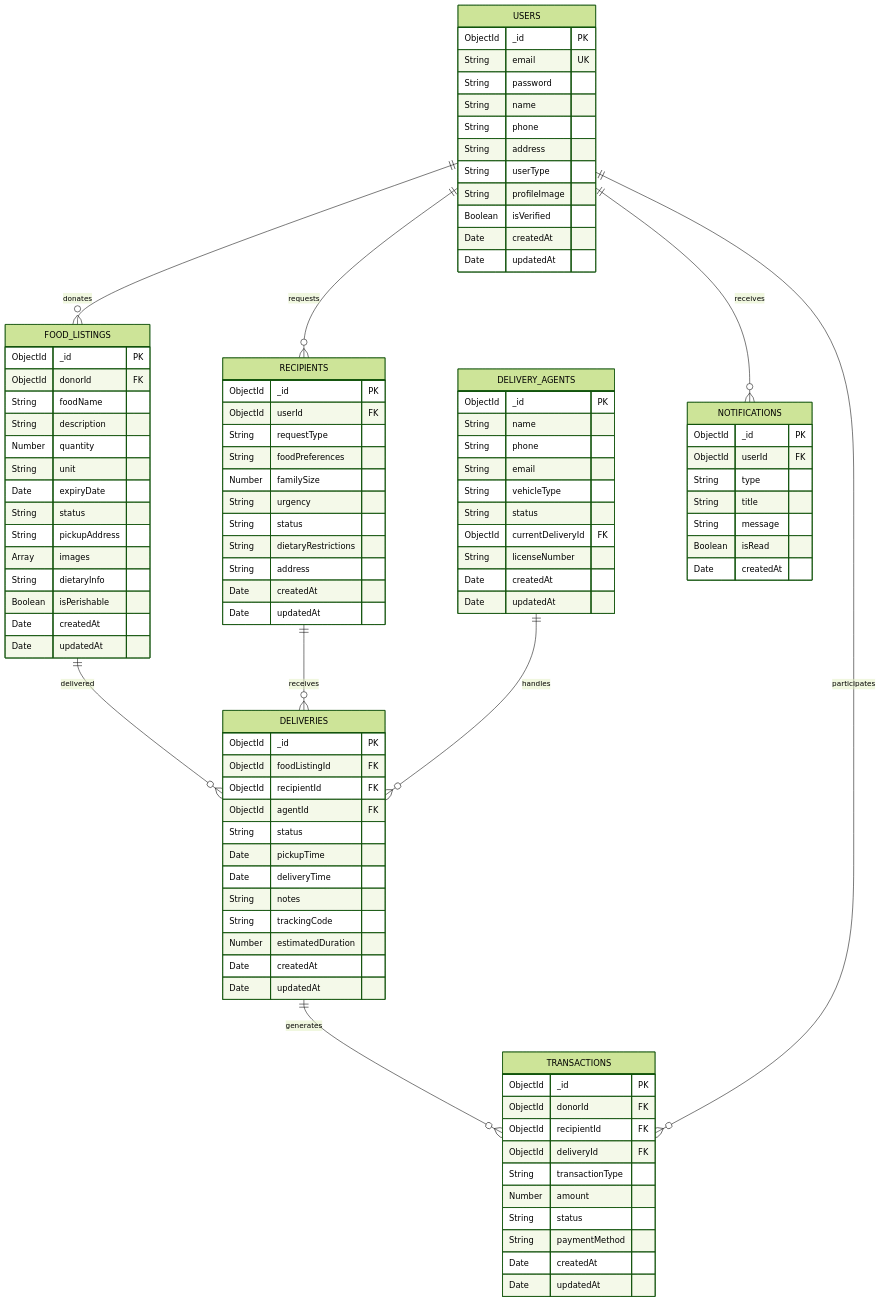
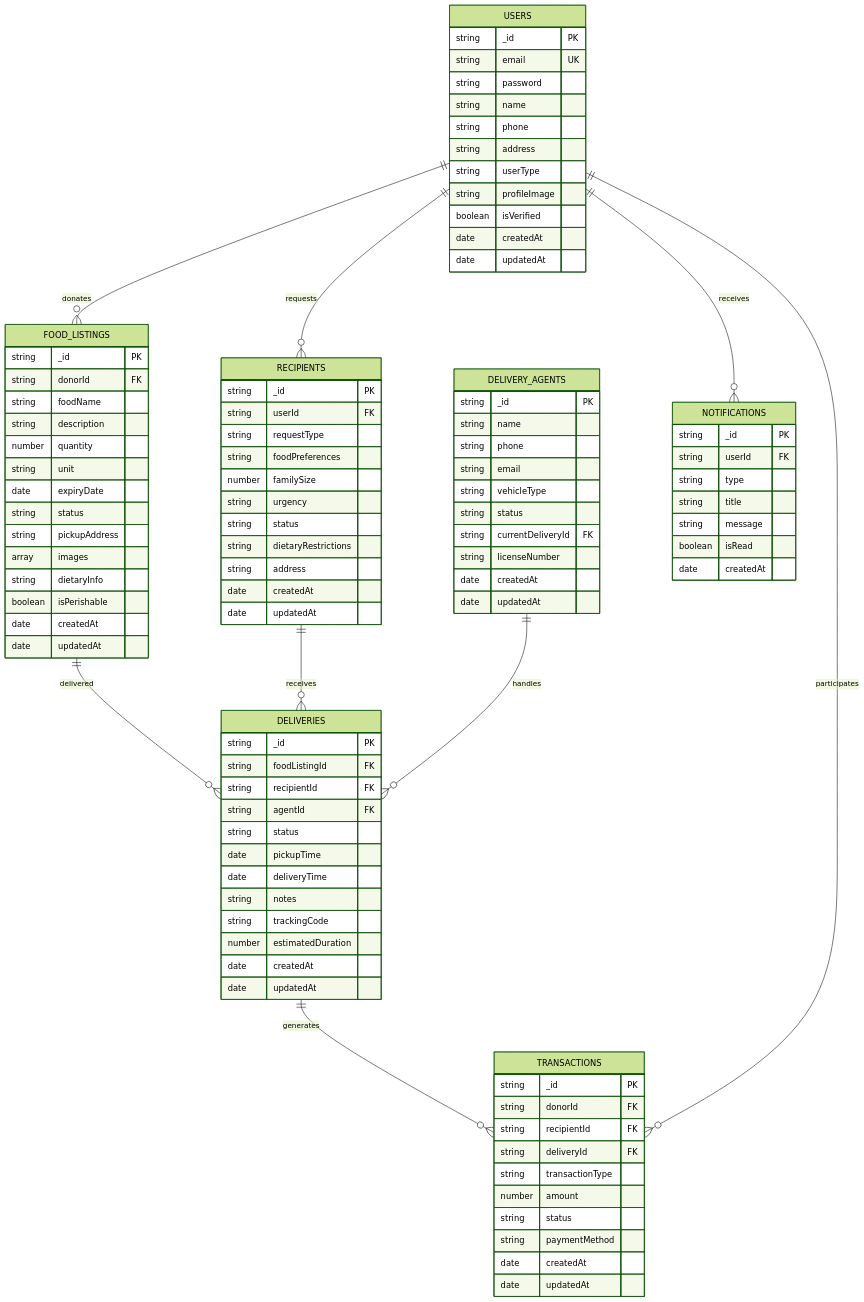
The fifth of 8 diagrams in README.md (vvinayakkk/VESIT), drawn with Mermaid (forest theme) before and after one commit.

````diff
--- a/README.md
+++ b/README.md
@@ -277,99 +277,99 @@
 ```mermaid
 erDiagram
     USERS {
-        ObjectId _id PK
-        String email UK
-        String password
-        String name
-        String phone
-        String address
-        String userType
-        String profileImage
-        Boolean isVerified
-        Date createdAt
-        Date updatedAt
+        string _id PK
+        string email UK
+        string password
+        string name
+        string phone
+        string address
+        string userType
+        string profileImage
+        boolean isVerified
+        date createdAt
+        date updatedAt
     }
     
     FOOD_LISTINGS {
-        ObjectId _id PK
-        ObjectId donorId FK
-        String foodName
-        String description
-        Number quantity
-        String unit
-        Date expiryDate
-        String status
-        String pickupAddress
-        Array images
-        String dietaryInfo
-        Boolean isPerishable
-        Date createdAt
-        Date updatedAt
+        string _id PK
+        string donorId FK
+        string foodName
+        string description
+        number quantity
+        string unit
+        date expiryDate
+        string status
+        string pickupAddress
+        array images
+        string dietaryInfo
+        boolean isPerishable
+        date createdAt
+        date updatedAt
     }
     
     RECIPIENTS {
-        ObjectId _id PK
-        ObjectId userId FK
-        String requestType
-        String foodPreferences
-        Number familySize
-        String urgency
-        String status
-        String dietaryRestrictions
-        String address
-        Date createdAt
-        Date updatedAt
+        string _id PK
+        string userId FK
+        string requestType
+        string foodPreferences
+        number familySize
+        string urgency
+        string status
+        string dietaryRestrictions
+        string address
+        date createdAt
+        date updatedAt
     }
     
     DELIVERIES {
-        ObjectId _id PK
-        ObjectId foodListingId FK
-        ObjectId recipientId FK
-        ObjectId agentId FK
-        String status
-        Date pickupTime
-        Date deliveryTime
-        String notes
-        String trackingCode
-        Number estimatedDuration
-        Date createdAt
-        Date updatedAt
+        string _id PK
+        string foodListingId FK
+        string recipientId FK
+        string agentId FK
+        string status
+        date pickupTime
+        date deliveryTime
+        string notes
+        string trackingCode
+        number estimatedDuration
+        date createdAt
+        date updatedAt
     }
     
     DELIVERY_AGENTS {
-        ObjectId _id PK
-        String name
-        String phone
-        String email
-        String vehicleType
-        String status
-        ObjectId currentDeliveryId FK
-        String licenseNumber
-        Date createdAt
-        Date updatedAt
+        string _id PK
+        string name
+        string phone
+        string email
+        string vehicleType
+        string status
+        string currentDeliveryId FK
+        string licenseNumber
+        date createdAt
+        date updatedAt
     }
     
     TRANSACTIONS {
-        ObjectId _id PK
-        ObjectId donorId FK
-        ObjectId recipientId FK
-        ObjectId deliveryId FK
-        String transactionType
-        Number amount
-        String status
-        String paymentMethod
-        Date createdAt
-        Date updatedAt
+        string _id PK
+        string donorId FK
+        string recipientId FK
+        string deliveryId FK
+        string transactionType
+        number amount
+        string status
+        string paymentMethod
+        date createdAt
+        date updatedAt
     }
     
     NOTIFICATIONS {
-        ObjectId _id PK
-        ObjectId userId FK
-        String type
-        String title
-        String message
-        Boolean isRead
-        Date createdAt
+        string _id PK
+        string userId FK
+        string type
+        string title
+        string message
+        boolean isRead
+        date createdAt
     }
     
     USERS ||--o{ FOOD_LISTINGS : "donates"
````
